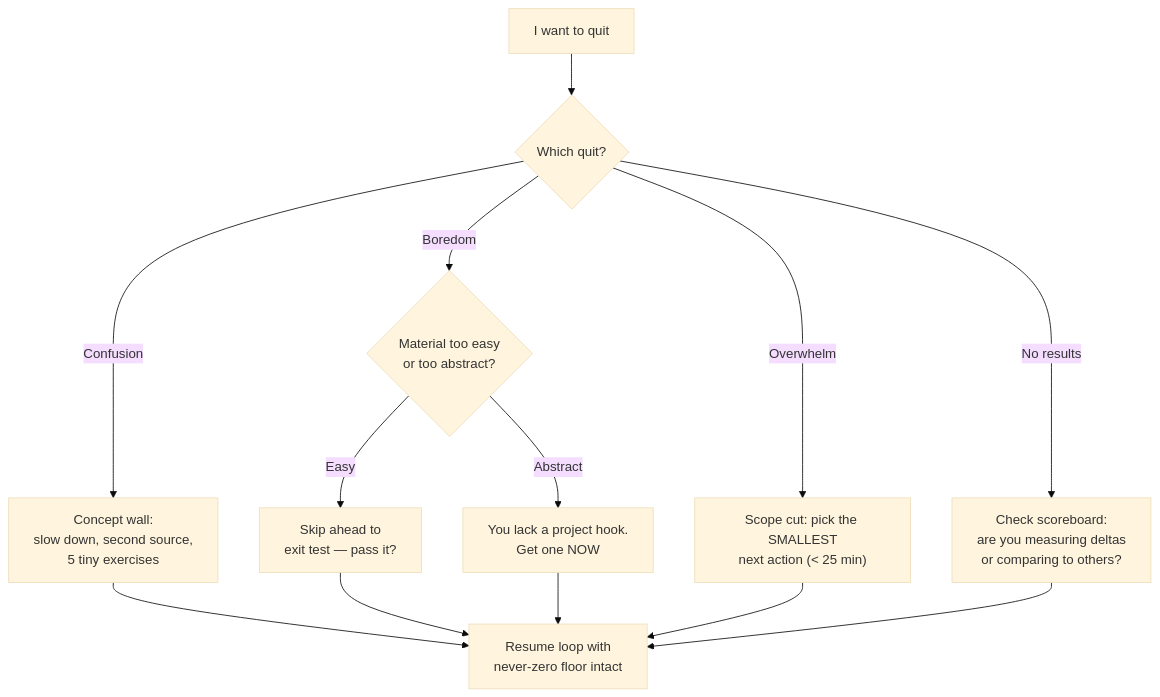
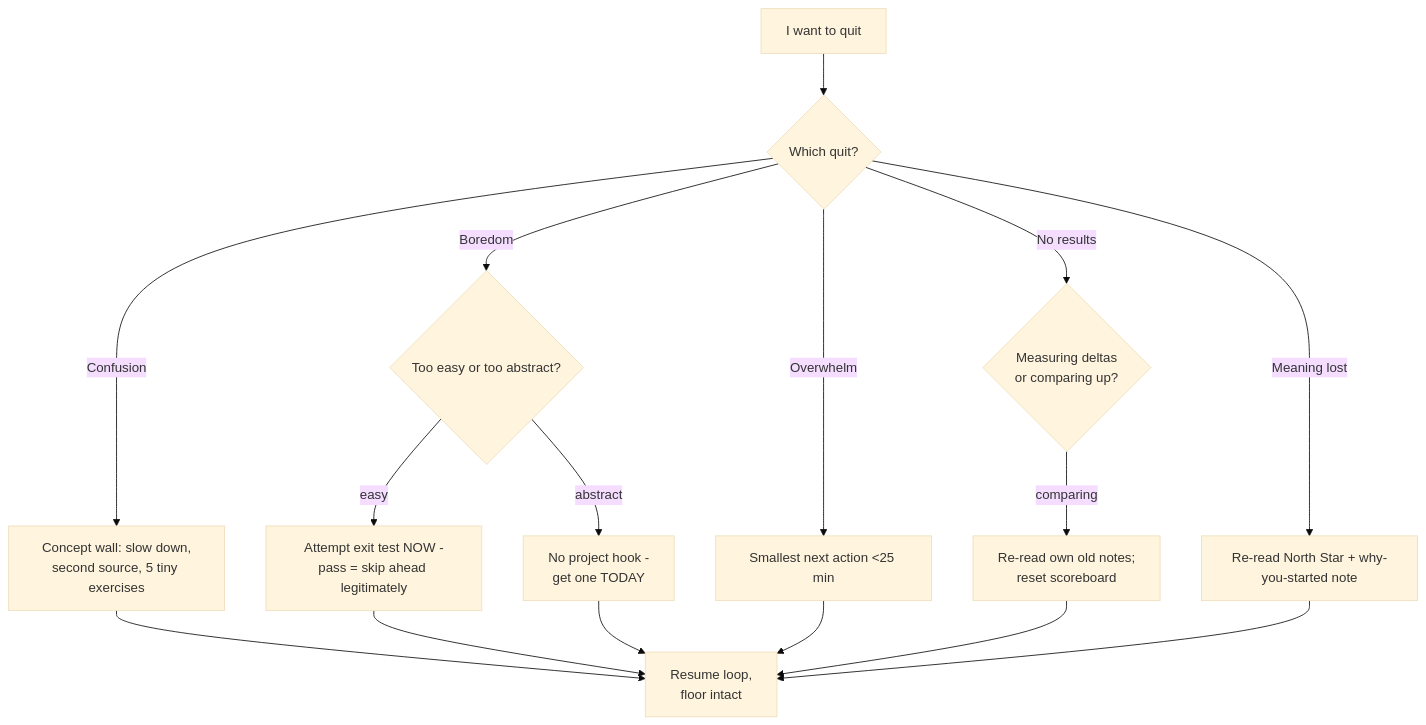
Before and after one commit to Anirudh-2810/Second-Brain: the second of 2 diagrams in wiki/modules/productivity/how-to-self-teach.md, drawn with Mermaid (base theme). The commit also changed other lines of this file and 10 other files, not shown here.

Commit message:
feat: deep-edition batches 2-3 - 10 more pages (MLE roadmap, ML interview, math, python path, kaggle, self-teach, question bank, MOOCs, frameworks, topics)

````diff
--- a/wiki/modules/productivity/how-to-self-teach.md
+++ b/wiki/modules/productivity/how-to-self-teach.md
@@ -69,11 +84,13 @@
 ```mermaid
 flowchart TD
     S["I want to quit"] --> Q{"Which quit?"}
-    Q -- "Confusion" --> A["Concept wall:<br/>slow down, second source,<br/>5 tiny exercises"]
-    Q -- "Boredom" --> B{"Material too easy<br/>or too abstract?"}
-    B -- Easy --> C["Skip ahead to<br/>exit test — pass it?"]
-    B -- Abstract --> D["You lack a project hook.<br/>Get one NOW"]
-    Q -- "Overwhelm" --> E["Scope cut: pick the SMALLEST<br/>next action (< 25 min)"]
-    Q -- "No results" --> F["Check scoreboard:<br/>are you measuring deltas<br/>or comparing to others?"]
-    A & C & D & E & F --> R["Resume loop with<br/>never-zero floor intact"]
+    Q -->|"Confusion"| A["Concept wall: slow down,<br/>second source, 5 tiny exercises"]
+    Q -->|"Boredom"| B{"Too easy or too abstract?"}
+    B -->|"easy"| C["Attempt exit test NOW -<br/>pass = skip ahead legitimately"]
+    B -->|"abstract"| DD["No project hook -<br/>get one TODAY"]
+    Q -->|"Overwhelm"| E["Smallest next action <25 min"]
+    Q -->|"No results"| M{"Measuring deltas<br/>or comparing up?"}
+    M -->|"comparing"| MM["Re-read own old notes;<br/>reset scoreboard"]
+    Q -->|"Meaning lost"| MF["Re-read North Star + why-you-started note"]
+    A & C & DD & E & MM & MF --> R["Resume loop,<br/>floor intact"]
 ```
````
